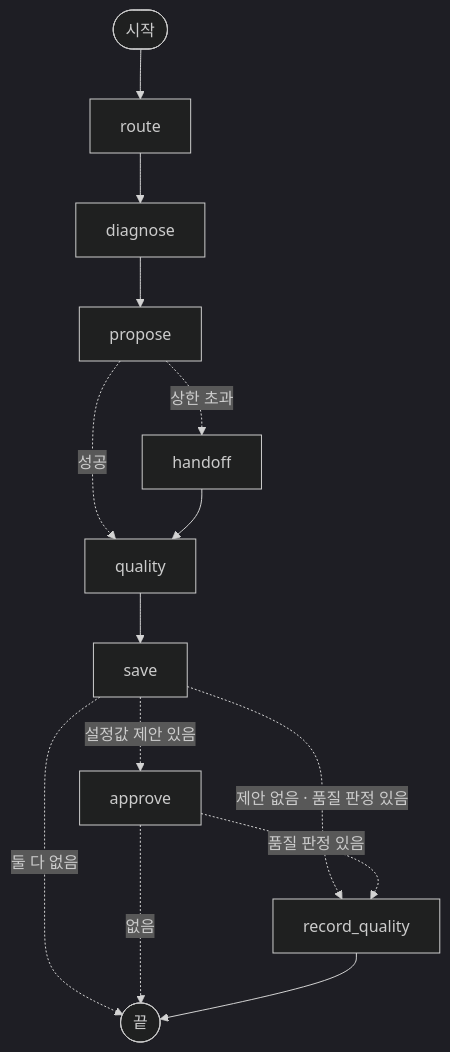
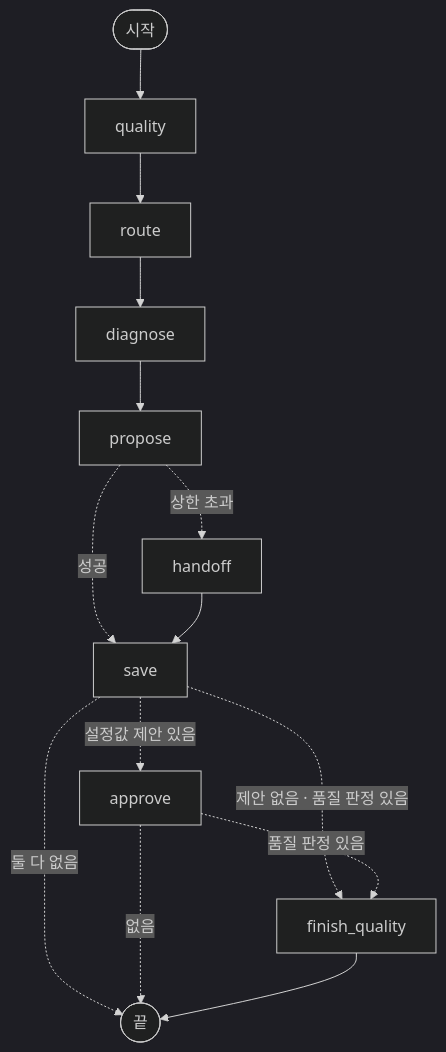
One commit to hohoho-1/factory-agent-demo changed the diagram in docs/orchestrator-langgraph.md. Above: the diagram before and after it, drawn with Mermaid (dark theme). The commit also changed other lines of this file and 15 other files, not shown here.

First line of the commit message:
Save the quality verdict before the work order is written

````diff
--- a/docs/orchestrator-langgraph.md
+++ b/docs/orchestrator-langgraph.md
@@ -16,16 +16,16 @@
 ```mermaid
 graph TD;
-    START([시작]) --> route;
+    START([시작]) --> quality;
+    quality --> route;
     route --> diagnose;
     diagnose --> propose;
     propose -. 상한 초과 .-> handoff;
-    propose -. 성공 .-> quality;
-    handoff --> quality;
-    quality --> save;
+    propose -. 성공 .-> save;
+    handoff --> save;
     save -. 설정값 제안 있음 .-> approve;
-    save -. 제안 없음 · 품질 판정 있음 .-> record_quality;
+    save -. 제안 없음 · 품질 판정 있음 .-> finish_quality;
     save -. 둘 다 없음 .-> END([끝]);
-    approve -. 품질 판정 있음 .-> record_quality;
+    approve -. 품질 판정 있음 .-> finish_quality;
     approve -. 없음 .-> END;
-    record_quality --> END;
+    finish_quality --> END;
 ```
````
